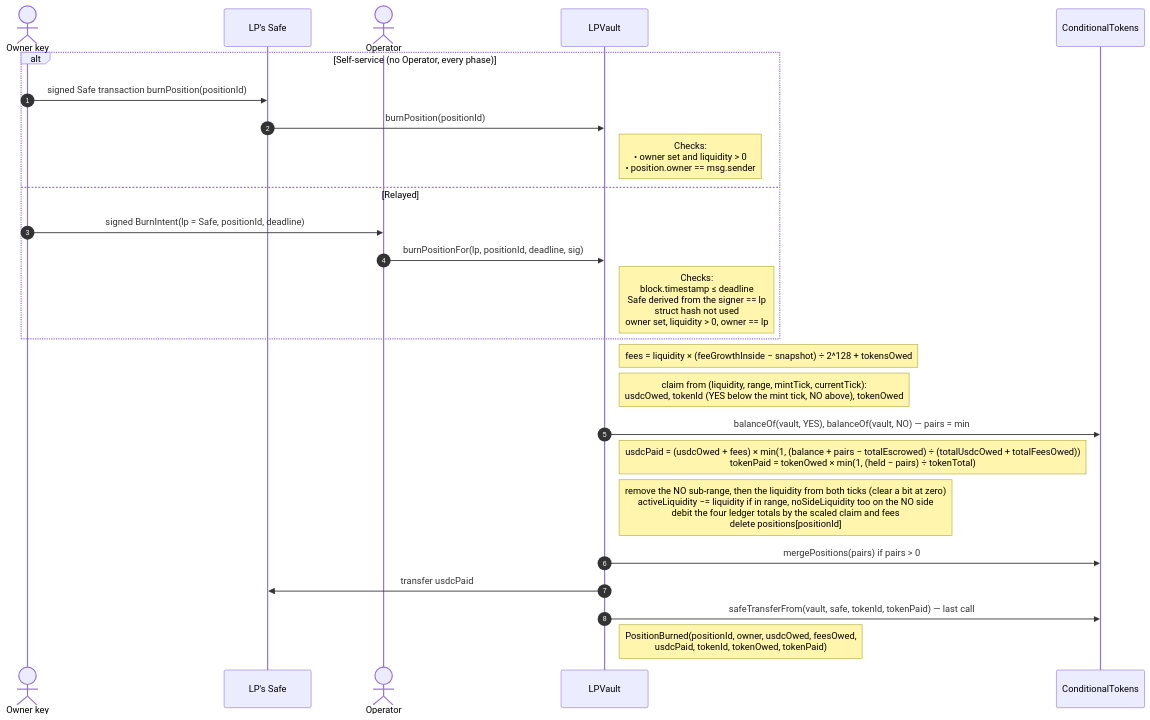
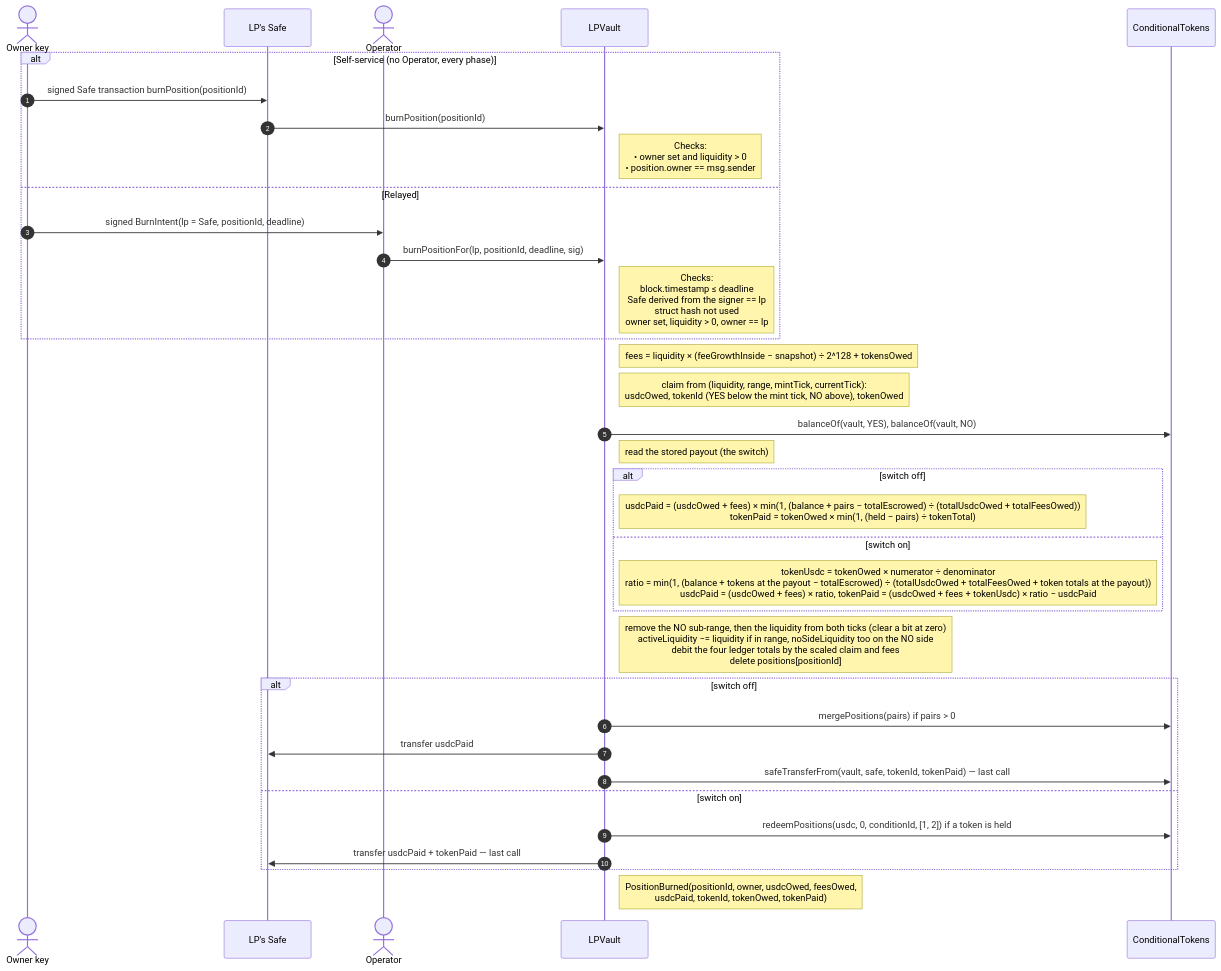
Before and after one commit to ProphetMarket/lp-vaults: the ninth of 17 diagrams in FLOWS.md, drawn with Mermaid. The commit also changed other lines of this file and 4 other files, not shown here.

````diff
--- a/FLOWS.md
+++ b/FLOWS.md
@@ -305,28 +308,38 @@
 ```mermaid
 sequenceDiagram
     autonumber
     actor OwnerKey as Owner key
     participant Safe as LP's Safe
     actor Operator
     participant Vault as LPVault
     participant CTF as ConditionalTokens
 
     alt Self-service (no Operator, every phase)
         OwnerKey->>Safe: signed Safe transaction burnPosition(positionId)
         Safe->>Vault: burnPosition(positionId)
         Note right of Vault: Checks:<br/>• owner set and liquidity > 0<br/>• position.owner == msg.sender
     else Relayed
         OwnerKey->>Operator: signed BurnIntent(lp = Safe, positionId, deadline)
         Operator->>Vault: burnPositionFor(lp, positionId, deadline, sig)
         Note right of Vault: Checks:<br/>block.timestamp ≤ deadline<br/>Safe derived from the signer == lp<br/>struct hash not used<br/>owner set, liquidity > 0, owner == lp
     end
     Note right of Vault: fees = liquidity × (feeGrowthInside − snapshot) ÷ 2^128 + tokensOwed
     Note right of Vault: claim from (liquidity, range, mintTick, currentTick):<br/>usdcOwed, tokenId (YES below the mint tick, NO above), tokenOwed
-    Vault->>CTF: balanceOf(vault, YES), balanceOf(vault, NO) — pairs = min
-    Note right of Vault: usdcPaid = (usdcOwed + fees) × min(1, (balance + pairs − totalEscrowed) ÷ (totalUsdcOwed + totalFeesOwed))<br/>tokenPaid = tokenOwed × min(1, (held − pairs) ÷ tokenTotal)
+    Vault->>CTF: balanceOf(vault, YES), balanceOf(vault, NO)
+    Note right of Vault: read the stored payout (the switch)
+    alt switch off
+        Note right of Vault: usdcPaid = (usdcOwed + fees) × min(1, (balance + pairs − totalEscrowed) ÷ (totalUsdcOwed + totalFeesOwed))<br/>tokenPaid = tokenOwed × min(1, (held − pairs) ÷ tokenTotal)
+    else switch on
+        Note right of Vault: tokenUsdc = tokenOwed × numerator ÷ denominator<br/>ratio = min(1, (balance + tokens at the payout − totalEscrowed) ÷ (totalUsdcOwed + totalFeesOwed + token totals at the payout))<br/>usdcPaid = (usdcOwed + fees) × ratio, tokenPaid = (usdcOwed + fees + tokenUsdc) × ratio − usdcPaid
+    end
     Note right of Vault: remove the NO sub-range, then the liquidity from both ticks (clear a bit at zero)<br/>activeLiquidity −= liquidity if in range, noSideLiquidity too on the NO side<br/>debit the four ledger totals by the scaled claim and fees<br/>delete positions[positionId]
-    Vault->>CTF: mergePositions(pairs) if pairs > 0
-    Vault->>Safe: transfer usdcPaid
-    Vault->>CTF: safeTransferFrom(vault, safe, tokenId, tokenPaid) — last call
+    alt switch off
+        Vault->>CTF: mergePositions(pairs) if pairs > 0
+        Vault->>Safe: transfer usdcPaid
+        Vault->>CTF: safeTransferFrom(vault, safe, tokenId, tokenPaid) — last call
+    else switch on
+        Vault->>CTF: redeemPositions(usdc, 0, conditionId, [1, 2]) if a token is held
+        Vault->>Safe: transfer usdcPaid + tokenPaid — last call
+    end
     Note right of Vault: PositionBurned(positionId, owner, usdcOwed, feesOwed,<br/>usdcPaid, tokenId, tokenOwed, tokenPaid)
 ```
````
